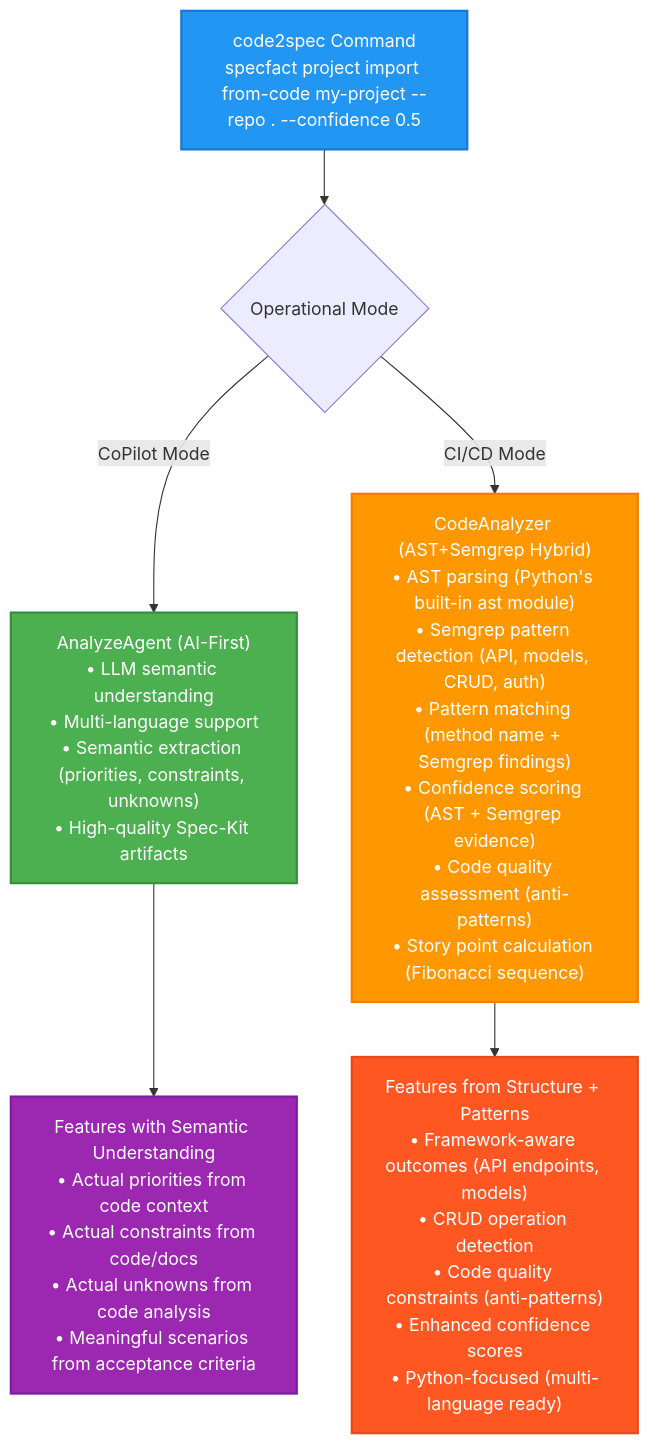
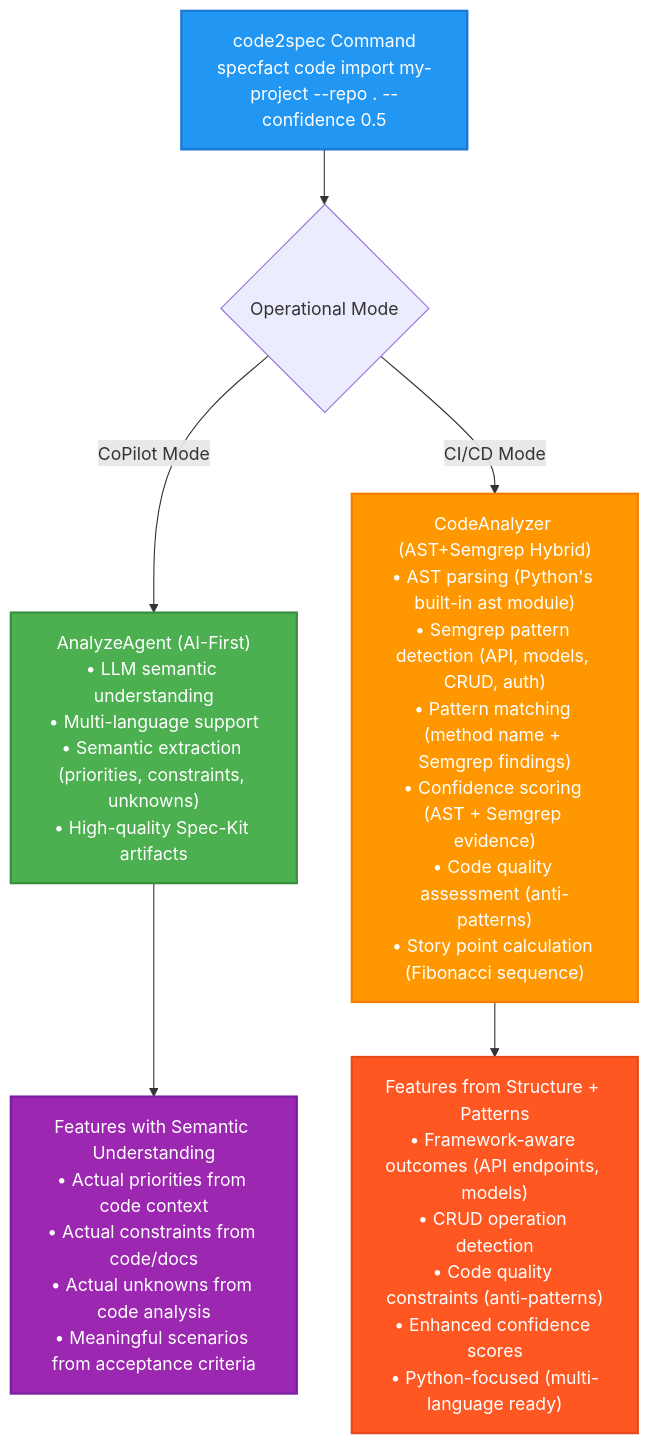
One commit to nold-ai/specfact-cli changed the diagram in docs/technical/code2spec-analysis-logic.md. Above: the diagram before and after it, drawn with Mermaid. The commit also changed other lines of this file and 76 other files, not shown here.

````diff
--- a/docs/technical/code2spec-analysis-logic.md
+++ b/docs/technical/code2spec-analysis-logic.md
@@ -67,18 +67,18 @@
 ```mermaid
 flowchart TD
-    A["code2spec Command<br/>specfact project import from-code my-project --repo . --confidence 0.5"] --> B{Operational Mode}
+    A["code2spec Command<br/>specfact code import my-project --repo . --confidence 0.5"] --> B{Operational Mode}
     
     B -->|CoPilot Mode| C["AnalyzeAgent (AI-First)<br/>• LLM semantic understanding<br/>• Multi-language support<br/>• Semantic extraction (priorities, constraints, unknowns)<br/>• High-quality Spec-Kit artifacts"]
     
     B -->|CI/CD Mode| D["CodeAnalyzer (AST+Semgrep Hybrid)<br/>• AST parsing (Python's built-in ast module)<br/>• Semgrep pattern detection (API, models, CRUD, auth)<br/>• Pattern matching (method name + Semgrep findings)<br/>• Confidence scoring (AST + Semgrep evidence)<br/>• Code quality assessment (anti-patterns)<br/>• Story point calculation (Fibonacci sequence)"]
     
     C --> E["Features with Semantic Understanding<br/>• Actual priorities from code context<br/>• Actual constraints from code/docs<br/>• Actual unknowns from code analysis<br/>• Meaningful scenarios from acceptance criteria"]
     
     D --> F["Features from Structure + Patterns<br/>• Framework-aware outcomes (API endpoints, models)<br/>• CRUD operation detection<br/>• Code quality constraints (anti-patterns)<br/>• Enhanced confidence scores<br/>• Python-focused (multi-language ready)"]
     
     style A fill:#2196F3,stroke:#1976D2,stroke-width:2px,color:#fff
     style C fill:#4CAF50,stroke:#388E3C,stroke-width:2px,color:#fff
     style D fill:#FF9800,stroke:#F57C00,stroke-width:2px,color:#fff
     style E fill:#9C27B0,stroke:#7B1FA2,stroke-width:2px,color:#fff
     style F fill:#FF5722,stroke:#E64A19,stroke-width:2px,color:#fff
 ```
````
